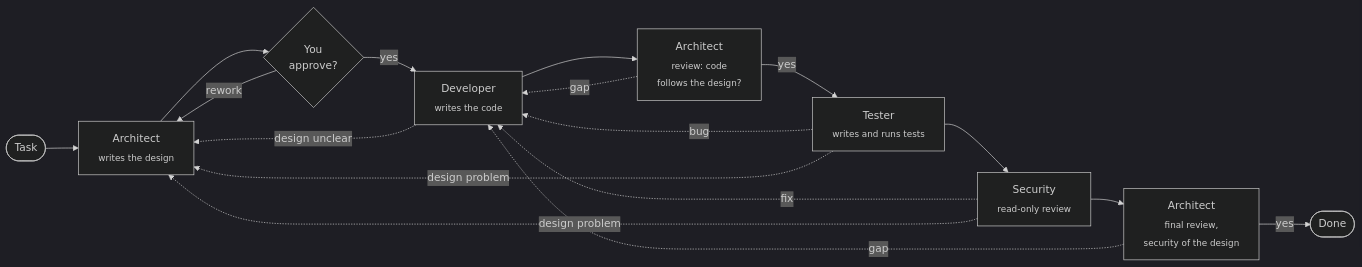
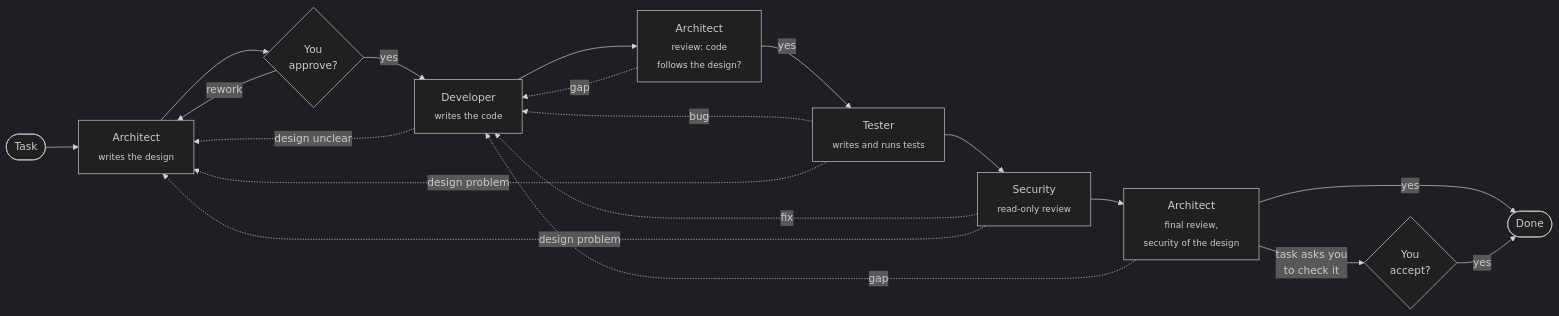
Before and after one commit to aeygenson/ai-harness: the diagram in README.md, drawn with Mermaid (dark theme). The commit also changed other lines of this file and 15 other files, not shown here.

````diff
--- a/README.md
+++ b/README.md
@@ -43,19 +43,21 @@
 ```mermaid
 flowchart LR
     T([Task]) --> A[Architect<br><sub>writes the design</sub>]
     A --> H{You<br>approve?}
     H -- "rework" --> A
     H -- "yes" --> D[Developer<br><sub>writes the code</sub>]
     D --> R[Architect<br><sub>review: code<br>follows the design?</sub>]
     R -- "yes" --> Te[Tester<br><sub>writes and runs tests</sub>]
     Te --> S[Security<br><sub>read-only review</sub>]
     S --> F[Architect<br><sub>final review,<br>security of the design</sub>]
     F -- "yes" --> Done([Done])
+    F -- "task asks you<br>to check it" --> Acc{You<br>accept?}
+    Acc -- "yes" --> Done
     R -. "gap" .-> D
     Te -. "bug" .-> D
     S -. "fix" .-> D
     F -. "gap" .-> D
     D -. "design unclear" .-> A
     Te -. "design problem" .-> A
     S -. "design problem" .-> A
 ```
````
